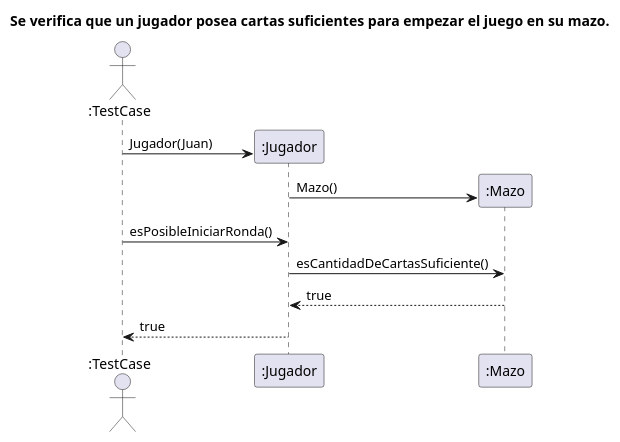
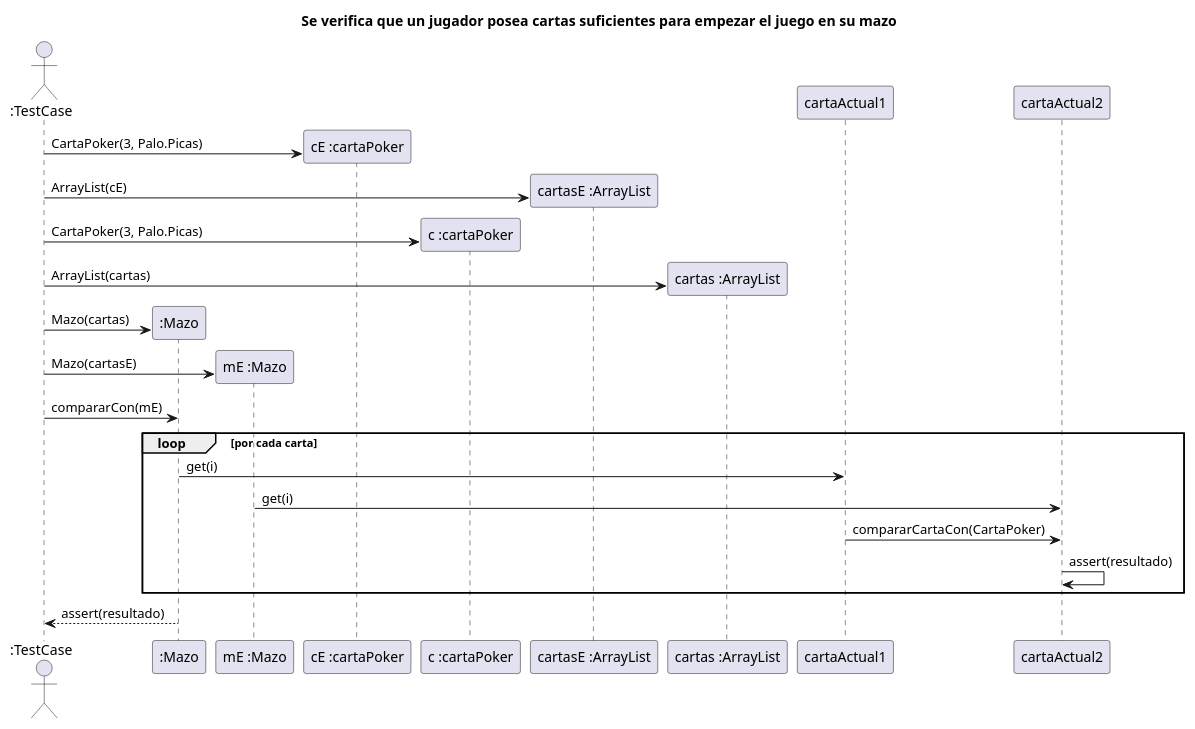
One commit to carruizdiaz1109/UBAlatro changed the diagram in diagrams/sequences/Entrega1/test01.puml. Above: the diagram before and after it, drawn with PlantUML.

Commit message:
+diagramaSecuencia test01

```diff
--- a/diagrams/sequences/Entrega1/test01.puml
+++ b/diagrams/sequences/Entrega1/test01.puml
@@ -1,17 +1,30 @@
 @startuml
 'https://plantuml.com/sequence-diagram
 
-title Se verifica que un jugador posea cartas suficientes para empezar el juego en su mazo.
+title Se verifica que un jugador posea cartas suficientes para empezar el juego en su mazo
 
 actor ":TestCase" as user
-participant ":Jugador" as jugador
 participant ":Mazo" as mazo
+participant "mE :Mazo" as mazoE
+participant "cE :cartaPoker" as cartaE
+participant "c :cartaPoker" as carta
+participant "cartasE :ArrayList" as listaE
+participant "cartas :ArrayList" as lista
 
-user -> jugador**: Jugador(Juan)
-jugador -> mazo**: Mazo()
-user -> jugador: esPosibleIniciarRonda()
-jugador -> mazo: esCantidadDeCartasSuficiente()
-mazo --> jugador: true
-jugador --> user: true
+user -> cartaE**: CartaPoker(3, Palo.Picas)
+user -> listaE**: ArrayList(cE)
+user -> carta**: CartaPoker(3, Palo.Picas)
+user -> lista**: ArrayList(cartas)
 
+user -> mazo**: Mazo(cartas)
+user -> mazoE**: Mazo(cartasE)
+
+user -> mazo: compararCon(mE)
+loop por cada carta
+    mazo -> cartaActual1: get(i)
+    mazoE -> cartaActual2: get(i)
+    cartaActual1 -> cartaActual2: compararCartaCon(CartaPoker)
+    cartaActual2 -> cartaActual2: assert(resultado)
+end
+mazo --> user: assert(resultado)
 @enduml
```
